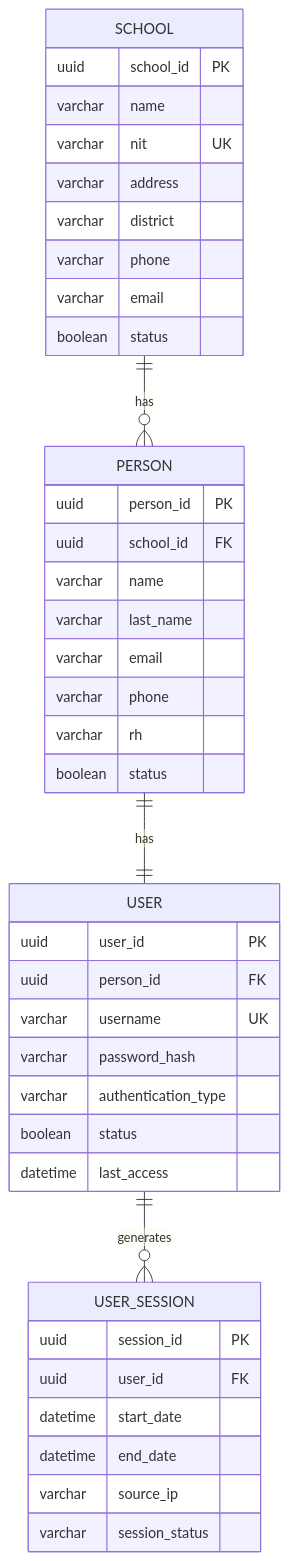
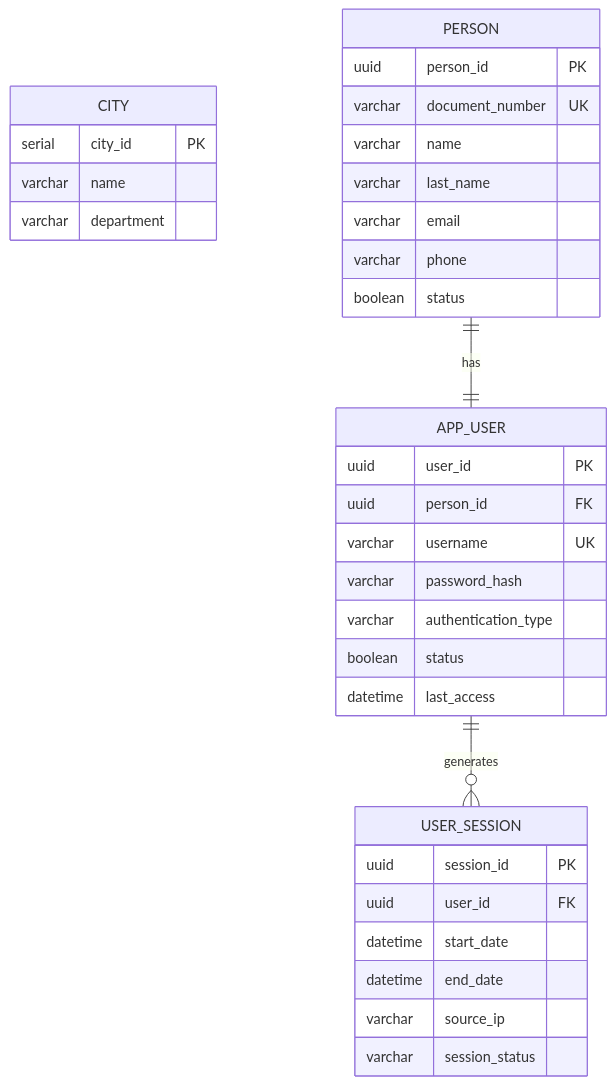
One commit to code-sena/fae-docs changed the diagram in 06-data/domains/01-identity.md. Above: the diagram before and after it, drawn with Mermaid. The commit also changed other lines of this file and 14 other files, not shown here.

````diff
--- a/06-data/domains/01-identity.md
+++ b/06-data/domains/01-identity.md
@@ -242,44 +268,37 @@
 ```mermaid
 erDiagram
-    SCHOOL {
-        uuid school_id PK
+    CITY {
+        serial city_id PK
         varchar name
-        varchar nit UK
-        varchar address
-        varchar district
-        varchar phone
-        varchar email
-        boolean status
+        varchar department
     }
     PERSON {
         uuid person_id PK
-        uuid school_id FK
+        varchar document_number UK
         varchar name
         varchar last_name
         varchar email
         varchar phone
-        varchar rh
         boolean status
     }
-    USER {
+    APP_USER {
         uuid user_id PK
         uuid person_id FK
         varchar username UK
         varchar password_hash
         varchar authentication_type
         boolean status
         datetime last_access
     }
     USER_SESSION {
         uuid session_id PK
         uuid user_id FK
         datetime start_date
         datetime end_date
         varchar source_ip
         varchar session_status
     }
 
-    SCHOOL ||--o{ PERSON : "has"
-    PERSON ||--|| USER : "has"
-    USER ||--o{ USER_SESSION : "generates"
+    PERSON ||--|| APP_USER : "has"
+    APP_USER ||--o{ USER_SESSION : "generates"
 ```
````
